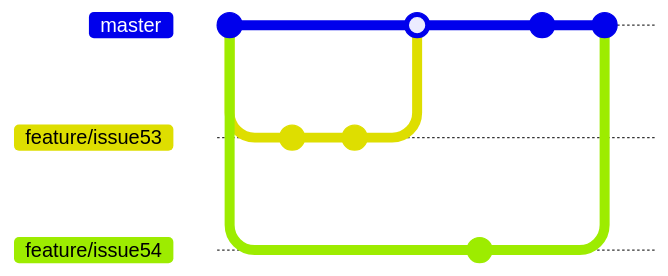
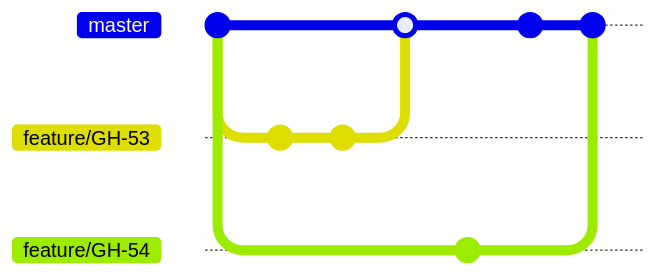
The diagram in assets/mermaid/git/merge-2.mmd (edu-python-course/edu-python-course.github.io), drawn with Mermaid before and after one commit. The commit also changed 5 other files, not shown here. Commit ids are hidden.

```diff
--- a/assets/mermaid/git/merge-2.mmd
+++ b/assets/mermaid/git/merge-2.mmd
@@ -1,15 +1,15 @@
 %%{init: {'gitGraph': {'mainBranchName': 'master'}} }%%
 gitGraph
     commit id: "Initial commit"
-    branch feature/issue53
-    branch feature/issue54
-    checkout feature/issue53
+    branch feature/GH-53
+    branch feature/GH-54
+    checkout feature/GH-53
     commit
     commit
     checkout master
-    merge feature/issue53
-    checkout feature/issue54
+    merge feature/GH-53
+    checkout feature/GH-54
     commit
     checkout master
     commit
-    merge feature/issue54 type:NORMAL id: "merge commit"
+    merge feature/GH-54 type:NORMAL id: "merge commit"
```
